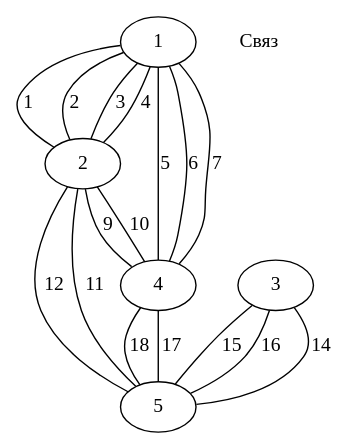
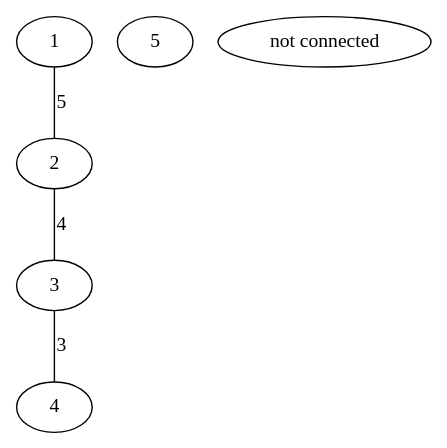
The diagram in dz3/res.gv (cawasret13/flita), drawn with Graphviz before and after one commit. The commit also changed 3 other files, not shown here.

```diff
--- a/dz3/res.gv
+++ b/dz3/res.gv
@@ -1,26 +1,13 @@
 graph Grath {
 1
 2
 3
 4
 5
-1 -- 2 [label = 1]
-1 -- 2 [label = 2]
-1 -- 2 [label = 3]
-1 -- 2 [label = 4]
-1 -- 4 [label = 5]
-1 -- 4 [label = 6]
-1 -- 4 [label = 7]
-2
-2 -- 4 [label = 9]
-2 -- 4 [label = 10]
-2 -- 5 [label = 11]
-2 -- 5 [label = 12]
-3
-3 -- 5 [label = 14]
-3 -- 5 [label = 15]
-3 -- 5 [label = 16]
-4 -- 5 [label = 17]
-4 -- 5 [label = 18]
-	0 [shape = plaintext,label = Связ];
+
+
+3 -- 4 [label = 3]
+2 -- 3 [label = 4]
+1 -- 2 [label = 5]
+0 [label = "not connected"]
 }
```
